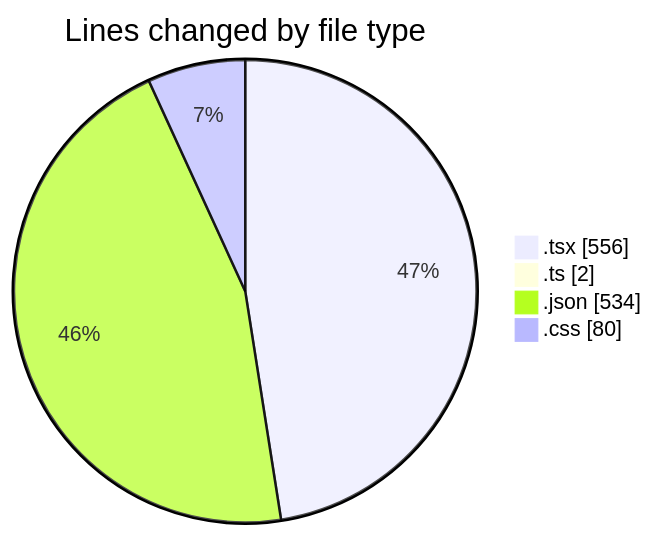
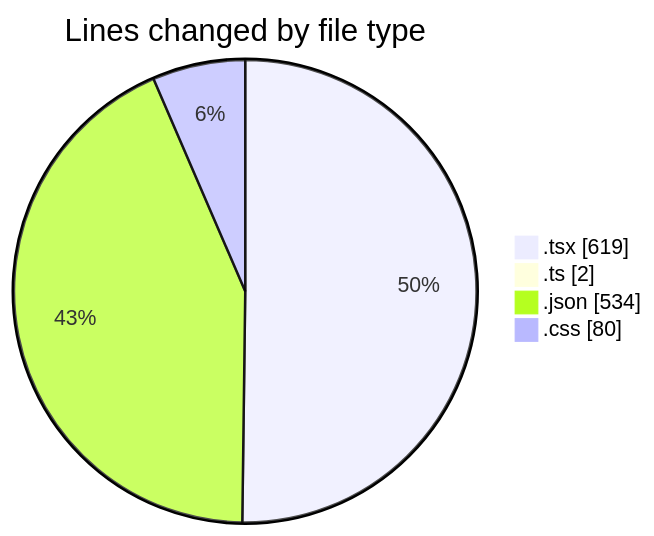
One commit to EIIisD/code-tracking changed the first of 2 diagrams in 2025-08-02/tw-server/README.md. Above: the diagram before and after it, drawn with Mermaid. The commit also changed other lines of this file and 1 other file, not shown here.

````diff
--- a/2025-08-02/tw-server/README.md
+++ b/2025-08-02/tw-server/README.md
@@ -24,8 +25,8 @@
 ```mermaid
 pie showData
 title Lines changed by file type
-".tsx" : 556
+".tsx" : 619
 ".ts" : 2
 ".json" : 534
 ".css" : 80
 ```
````
